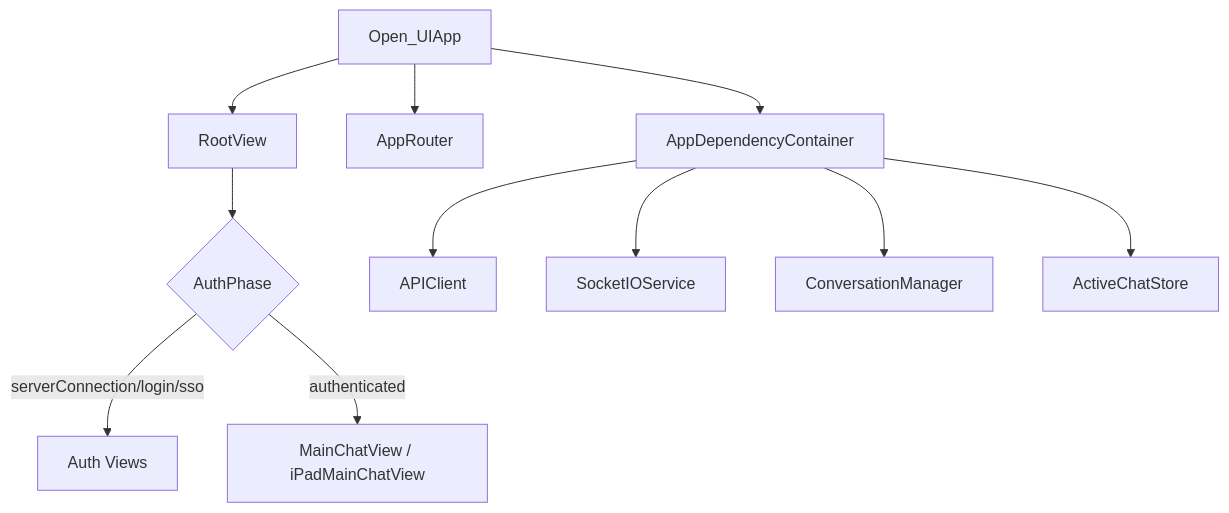
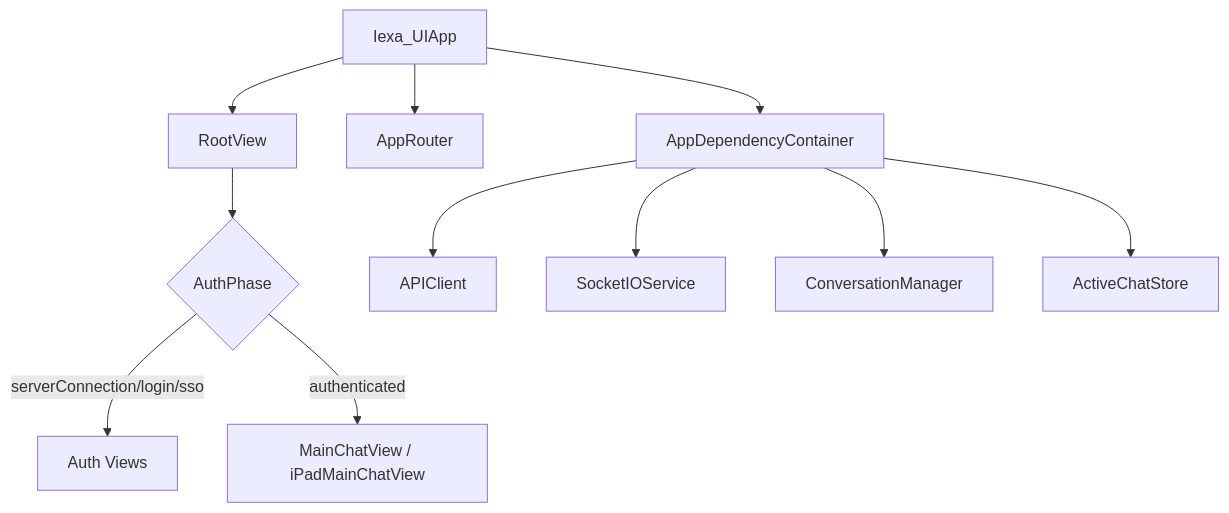
Before and after one commit to bidalu80-svg/openios: the first of 10 diagrams in PROJECT_CODE_MAP.md, drawn with Mermaid. The commit also changed other lines of this file and 312 other files, not shown here.

Commit message:
Rename app project to Iexa UI

````diff
--- a/PROJECT_CODE_MAP.md
+++ b/PROJECT_CODE_MAP.md
@@ -42,13 +42,13 @@
 ```mermaid
 flowchart TD
-    A[Open_UIApp] --> B[AppDependencyContainer]
+    A[Iexa_UIApp] --> B[AppDependencyContainer]
     A --> C[AppRouter]
     A --> D[RootView]
     D --> E{AuthPhase}
     E -->|serverConnection/login/sso| F[Auth Views]
     E -->|authenticated| G[MainChatView / iPadMainChatView]
     B --> H[APIClient]
     B --> I[SocketIOService]
     B --> J[ConversationManager]
     B --> K[ActiveChatStore]
 ```
````
